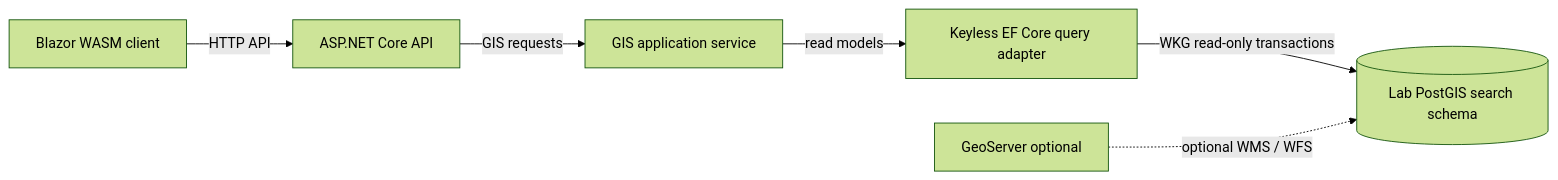
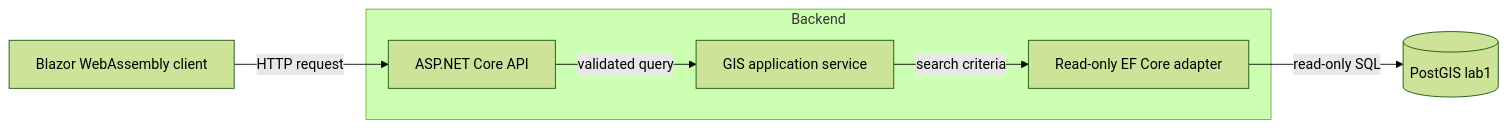
One commit to frederik-hoeft/min-swa-geosearch changed the diagram in docs/architecture.md. Above: the diagram before and after it, drawn with Mermaid (forest theme). The commit also changed other lines of this file and 7 other files, not shown here.

````diff
--- a/docs/architecture.md
+++ b/docs/architecture.md
@@ -9,14 +9,15 @@
 ```mermaid
 flowchart LR
-    Browser[Blazor WASM client]
-    Api[ASP.NET Core API]
-    Search[GIS application service]
-    Read[Keyless EF Core query adapter]
-    Spatial[(Lab PostGIS search schema)]
-    GeoServer[GeoServer optional]
-    Browser -->|HTTP API| Api
-    Api -->|GIS requests| Search
-    Search -->|read models| Read
-    Read -->|WKG read-only transactions| Spatial
-    GeoServer -.->|optional WMS / WFS| Spatial
+    Client[Blazor WebAssembly client]
+    subgraph Backend
+        Controller[ASP.NET Core API]
+        Service[GIS application service]
+        Adapter[Read-only EF Core adapter]
+    end
+    PostGIS[(PostGIS lab1)]
+
+    Client -->|HTTP request| Controller
+    Controller -->|validated query| Service
+    Service -->|search criteria| Adapter
+    Adapter -->|read-only SQL| PostGIS
 ```
````
